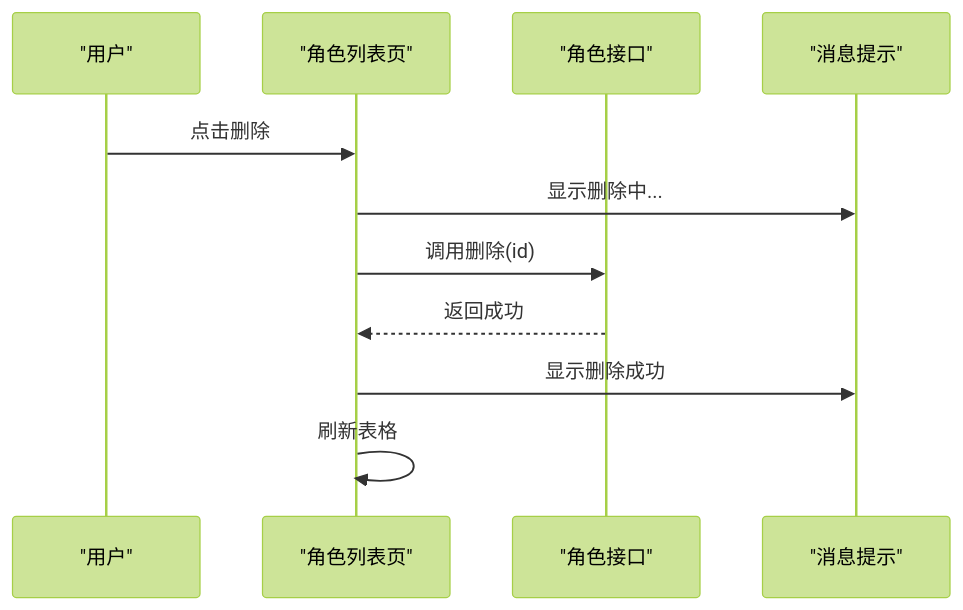
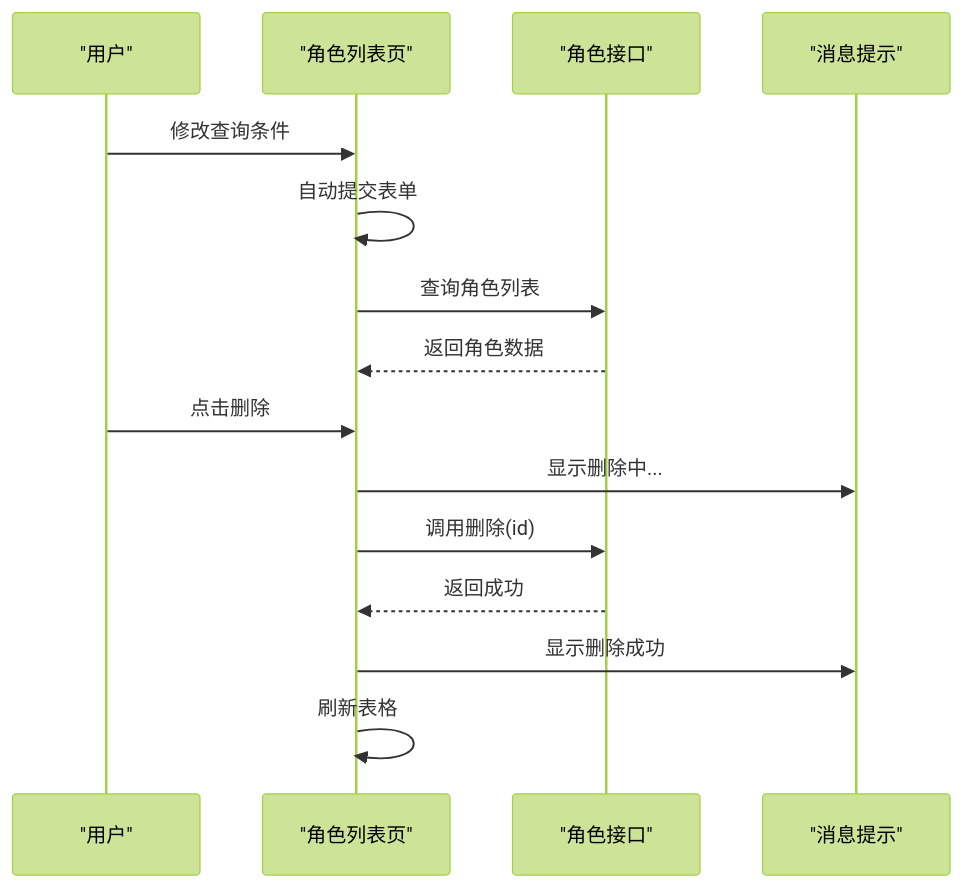
Before and after one commit to ShiRuYu/shiyu-ui: the fourth of 8 diagrams in .qoder/repowiki/zh/content/业务模块/角色管理.md, drawn with Mermaid (forest theme). The commit also changed other lines of this file and 37 other files, not shown here.

````diff
--- a/.qoder/repowiki/zh/content/业务模块/角色管理.md
+++ b/.qoder/repowiki/zh/content/业务模块/角色管理.md
@@ -247,13 +270,17 @@
 ```mermaid
 sequenceDiagram
 participant U as "用户"
 participant RL as "角色列表页"
 participant RA as "角色接口"
 participant MSG as "消息提示"
+U->>RL : 修改查询条件
+RL->>RL : 自动提交表单
+RL->>RA : 查询角色列表
+RA-->>RL : 返回角色数据
 U->>RL : 点击删除
 RL->>MSG : 显示删除中...
 RL->>RA : 调用删除(id)
 RA-->>RL : 返回成功
 RL->>MSG : 显示删除成功
 RL->>RL : 刷新表格
 ```
````
